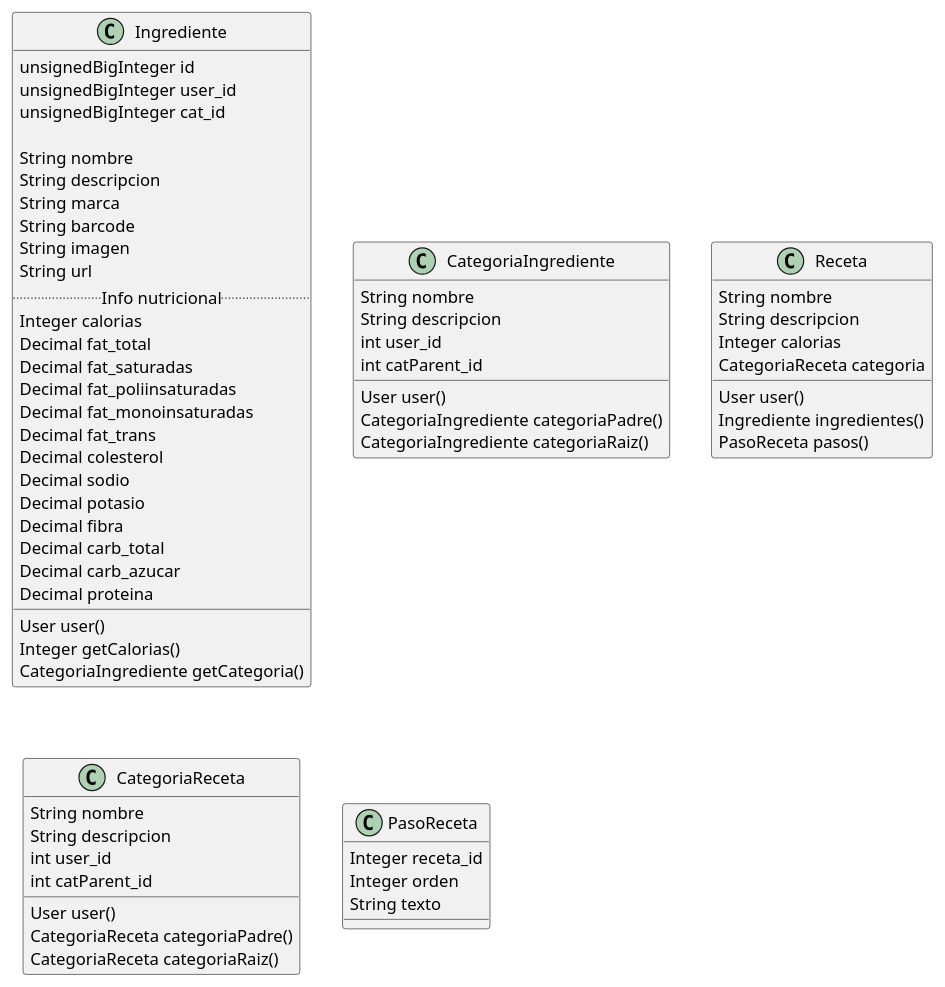
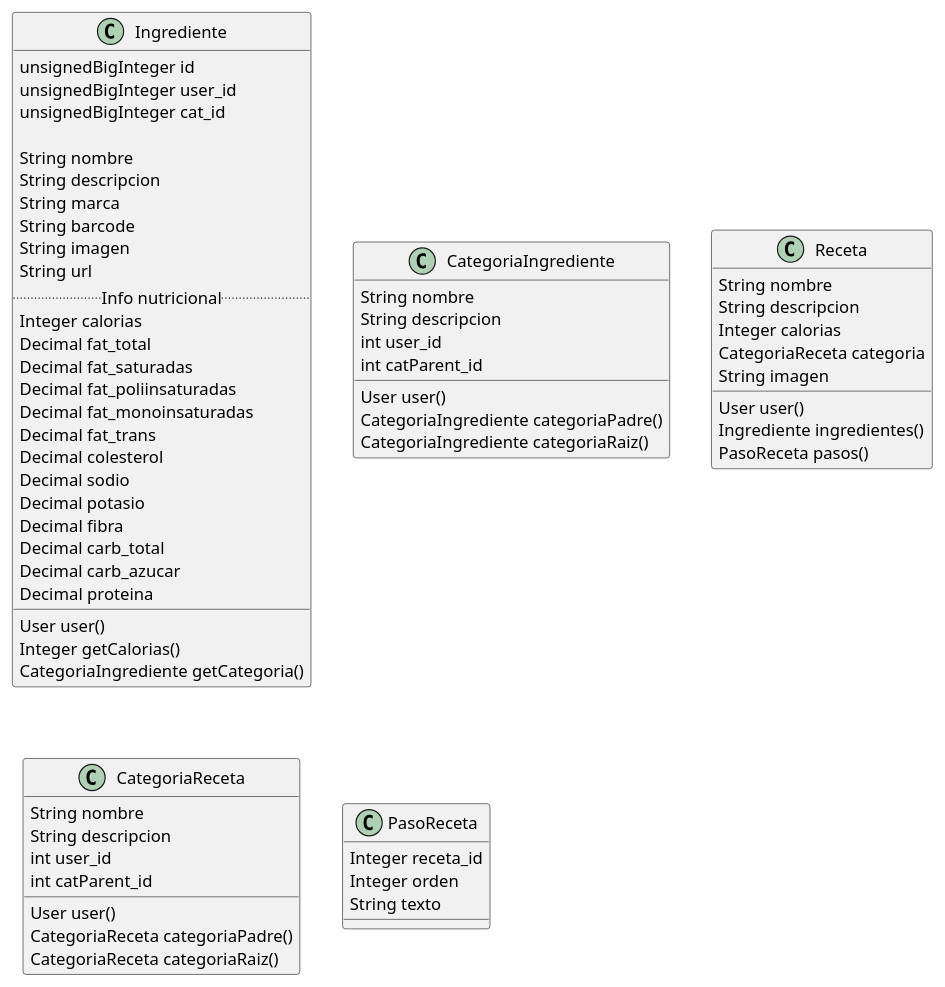
One commit to Luinux81/laravel-recetapp changed the diagram in docs/clases_detalle.pu. Above: the diagram before and after it, drawn with PlantUML. The commit also changed 2 other files, not shown here.

```diff
--- a/docs/clases_detalle.pu
+++ b/docs/clases_detalle.pu
@@ -1,72 +1,73 @@
 @startuml
 
 class Ingrediente{
     unsignedBigInteger id    
     unsignedBigInteger user_id
     unsignedBigInteger cat_id
 
     String nombre
     String descripcion
     String marca 
     String barcode
     String imagen
     String url
     .. Info nutricional ..
     Integer calorias                
     Decimal fat_total
     Decimal fat_saturadas
     Decimal fat_poliinsaturadas
     Decimal fat_monoinsaturadas
     Decimal fat_trans
     Decimal colesterol
     Decimal sodio
     Decimal potasio
     Decimal fibra
     Decimal carb_total
     Decimal carb_azucar
     Decimal proteina
     ____
     User user()
     Integer getCalorias()
     CategoriaIngrediente getCategoria()
 }
 
 class CategoriaIngrediente{
     String nombre
     String descripcion
     int user_id
     int catParent_id
 
     User user()
     CategoriaIngrediente categoriaPadre()
     CategoriaIngrediente categoriaRaiz()
 }
 
 class Receta{
     String nombre
     String descripcion
     Integer calorias
     CategoriaReceta categoria
+    String imagen
 
     User user()
     Ingrediente ingredientes()
     PasoReceta pasos()
 }
 
 class CategoriaReceta{
     String nombre
     String descripcion
     int user_id
     int catParent_id
 
     User user()
     CategoriaReceta categoriaPadre()
     CategoriaReceta categoriaRaiz()
 }
 
 class PasoReceta{
     Integer receta_id
     Integer orden
     String texto
 }
 @enduml
```
